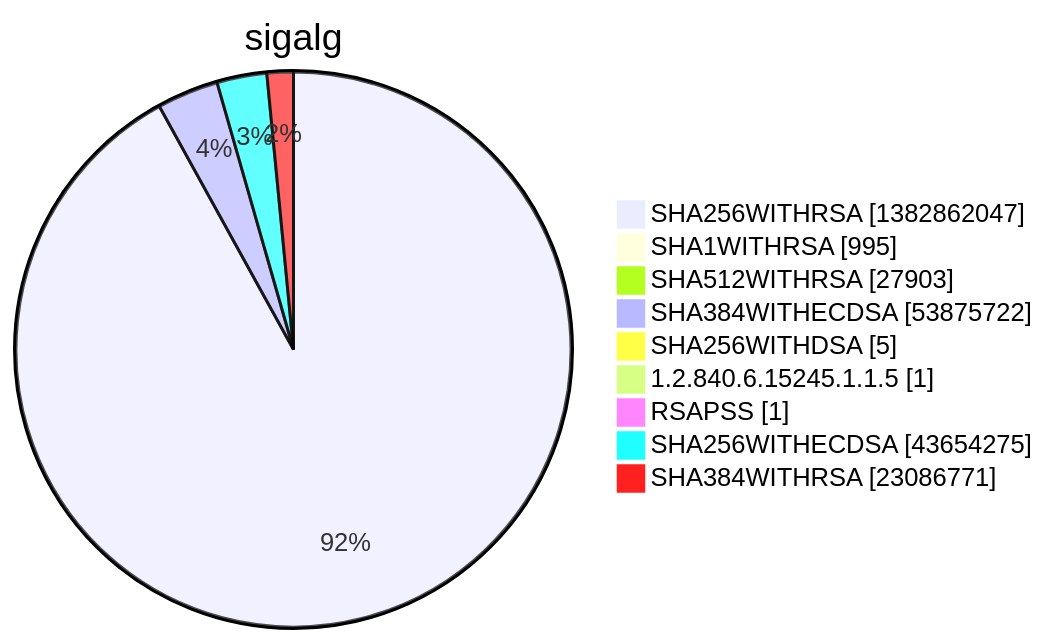
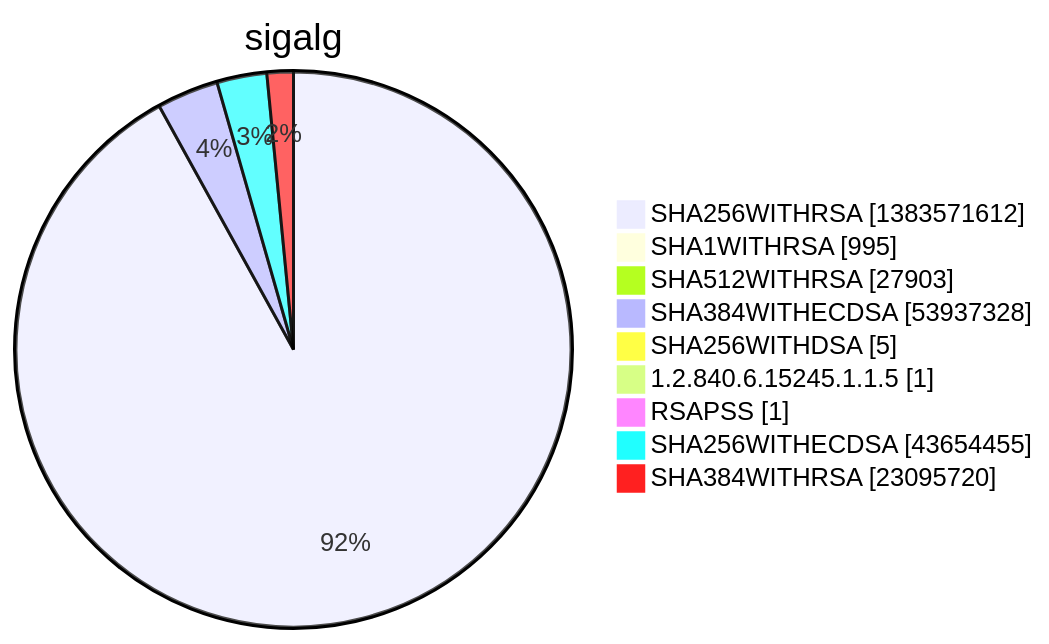
Diagram 15 of 15 in xenon2022/README.md (christiankrug/ctmonitor_visualization), drawn with Mermaid before and after one commit. The commit also changed other lines of this file, not shown here.

````diff
--- a/xenon2022/README.md
+++ b/xenon2022/README.md
@@ -5853,13 +5854,13 @@
 ```mermaid
 pie showData
 title sigalg
-"SHA256WITHRSA" :1382862047
+"SHA256WITHRSA" :1383571612
 "SHA1WITHRSA" :995
 "SHA512WITHRSA" :27903
-"SHA384WITHECDSA" :53875722
+"SHA384WITHECDSA" :53937328
 "SHA256WITHDSA" :5
 "1.2.840.6.15245.1.1.5" :1
 "RSAPSS" :1
-"SHA256WITHECDSA" :43654275
-"SHA384WITHRSA" :23086771
+"SHA256WITHECDSA" :43654455
+"SHA384WITHRSA" :23095720
 ```
````
